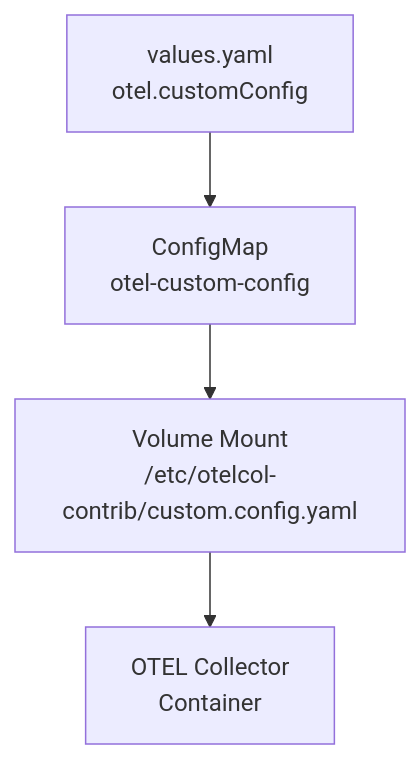
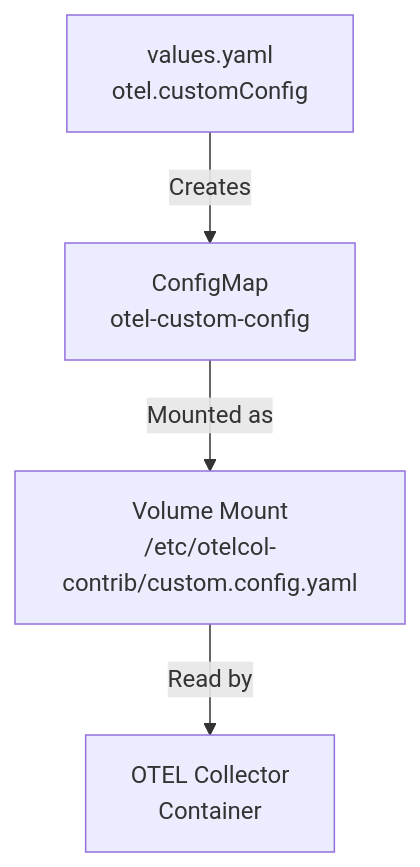
The sixth of 7 diagrams in docs/hyperdxio-helm-charts-docs/OpenTelemetry-Collector.md (openchoreo/openchoreo), drawn with Mermaid before and after one commit. The commit also changed other lines of this file and 85 other files, not shown here.

Commit message:
feat: Add new workflow and specification templates, update Helm chart dependencies, and clarify documentation diagrams.

````diff
--- a/docs/hyperdxio-helm-charts-docs/OpenTelemetry-Collector.md
+++ b/docs/hyperdxio-helm-charts-docs/OpenTelemetry-Collector.md
@@ -331,12 +331,12 @@
 ```mermaid
 flowchart TD
 
 Values["values.yaml<br>otel.customConfig"]
 ConfigMap["ConfigMap<br>otel-custom-config"]
 Volume["Volume Mount<br>/etc/otelcol-contrib/custom.config.yaml"]
 Collector["OTEL Collector<br>Container"]
 
-Values --> ConfigMap
-ConfigMap --> Volume
-Volume --> Collector
+Values -->|"Creates"| ConfigMap
+ConfigMap -->|"Mounted as"| Volume
+Volume -->|"Read by"| Collector
 ```
````
